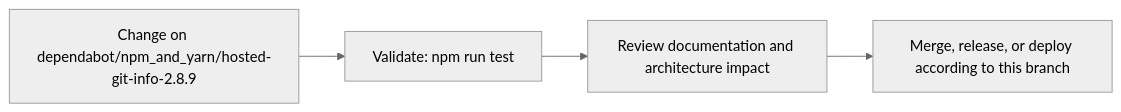
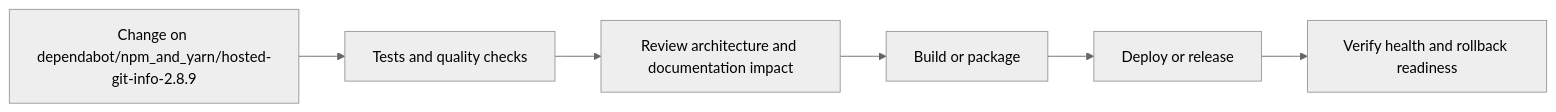
Before and after one commit to Nischhalsubba/rismfp-ui: the fourth of 5 diagrams in README.md, drawn with Mermaid (neutral theme). The commit also changed other lines of this file, not shown here.

````diff
--- a/README.md
+++ b/README.md
@@ -66,8 +135,8 @@
 ```mermaid
 flowchart LR
-    CHANGE["Change on dependabot/npm_and_yarn/hosted-git-info-2.8.9"]
-    CHECK["Validate: npm run test"]
-    REVIEW["Review documentation and architecture impact"]
-    RELEASE["Merge, release, or deploy according to this branch"]
-    CHANGE --> CHECK --> REVIEW --> RELEASE
+    CHANGE["Change on dependabot/npm_and_yarn/hosted-git-info-2.8.9"] --> CHECK["Tests and quality checks"]
+    CHECK --> REVIEW["Review architecture and documentation impact"]
+    REVIEW --> BUILD["Build or package"]
+    BUILD --> DEPLOY["Deploy or release"]
+    DEPLOY --> VERIFY["Verify health and rollback readiness"]
 ```
````
